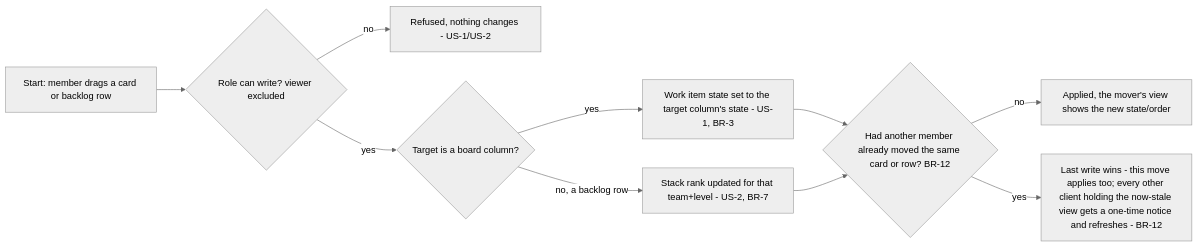
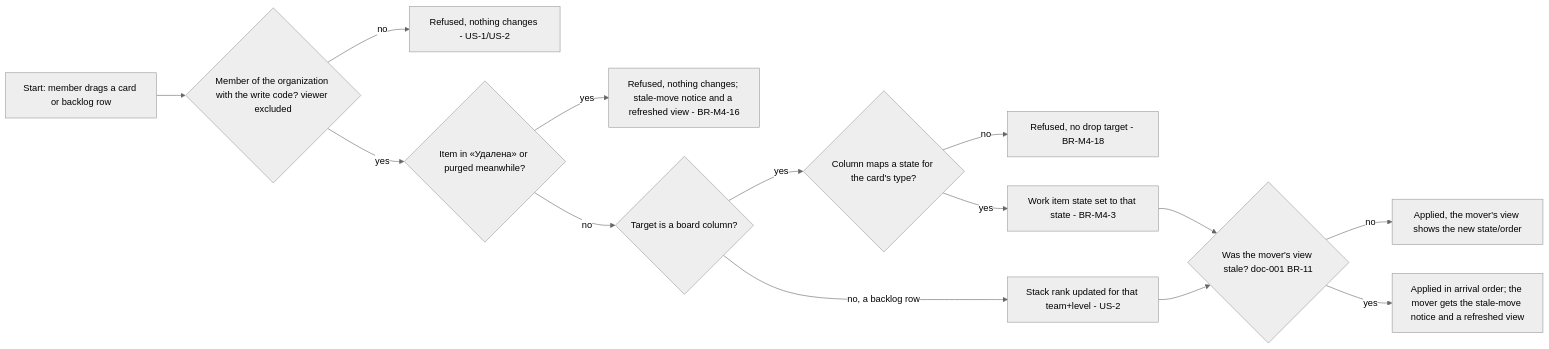
One commit to totKtoXam/mustask changed the diagram in docs/features/doc-003-backlogs-boards/spec.md. Above: the diagram before and after it, drawn with Mermaid (neutral theme). The commit also changed other lines of this file and 89 other files, not shown here.

````diff
--- a/docs/features/doc-003-backlogs-boards/spec.md
+++ b/docs/features/doc-003-backlogs-boards/spec.md
@@ -40,12 +47,16 @@
 ```mermaid
 flowchart LR
-    A[Start: member drags a card or backlog row] --> B{Role can write? viewer excluded}
+    A[Start: member drags a card or backlog row] --> B{Member of the organization with the write code? viewer excluded}
     B -->|no| C[Refused, nothing changes - US-1/US-2]
-    B -->|yes| D{Target is a board column?}
-    D -->|yes| E[Work item state set to the target column's state - US-1, BR-3]
-    D -->|no, a backlog row| F[Stack rank updated for that team+level - US-2, BR-7]
-    E --> G{Had another member already moved the same card or row? BR-12}
+    B -->|yes| X{Item in «Удалена» or purged meanwhile?}
+    X -->|yes| X1[Refused, nothing changes; stale-move notice and a refreshed view - BR-M4-16]
+    X -->|no| D{Target is a board column?}
+    D -->|yes| D1{Column maps a state for the card's type?}
+    D1 -->|no| D2[Refused, no drop target - BR-M4-18]
+    D1 -->|yes| E[Work item state set to that state - BR-M4-3]
+    D -->|no, a backlog row| F[Stack rank updated for that team+level - US-2]
+    E --> G{Was the mover's view stale? doc-001 BR-11}
     F --> G
     G -->|no| H[Applied, the mover's view shows the new state/order]
-    G -->|yes| I[Last write wins - this move applies too; every other client holding the now-stale view gets a one-time notice and refreshes - BR-12]
+    G -->|yes| I[Applied in arrival order; the mover gets the stale-move notice and a refreshed view]
 ```
````
